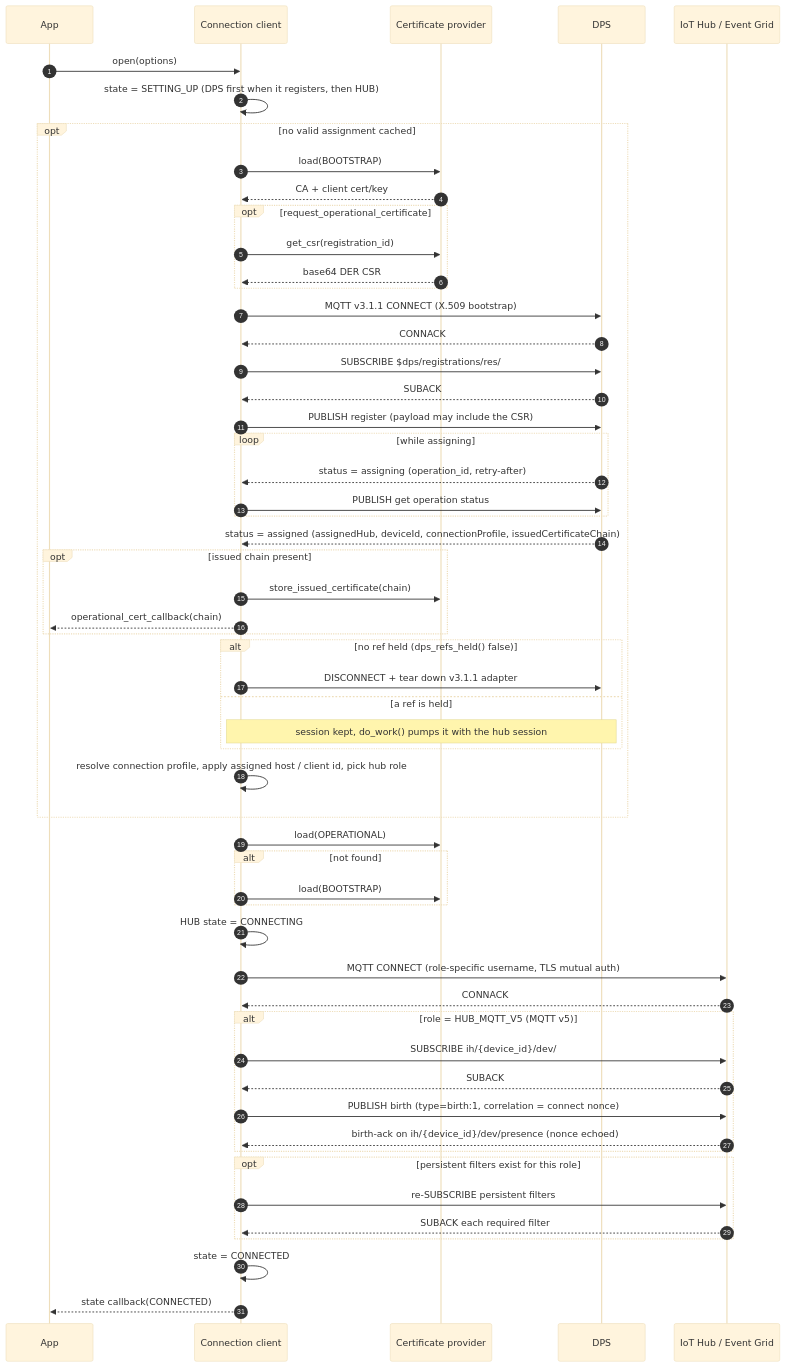
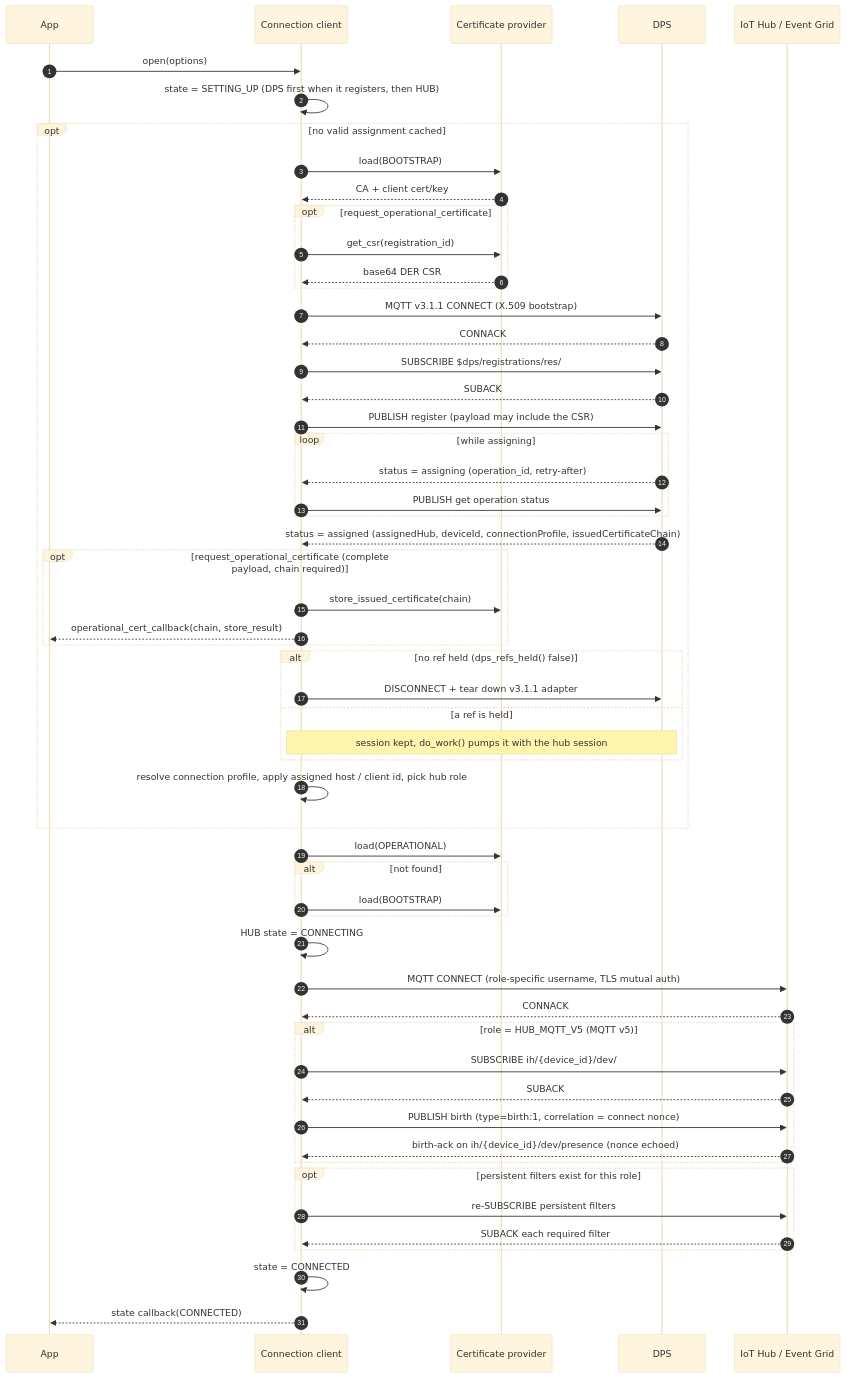
One commit to Azure/azure-iot-sdk changed the third of 9 diagrams in c/docs/eng/connection-c.md. Above: the diagram before and after it, drawn with Mermaid (base theme). The commit also changed other lines of this file and 5 other files, not shown here.

First line of the commit message:
[C] Docs: operational-cert callback must not close; provider-owned storage; tests check DPS state

````diff
--- a/c/docs/eng/connection-c.md
+++ b/c/docs/eng/connection-c.md
@@ -117,63 +117,63 @@
 ```mermaid
 sequenceDiagram
     autonumber
     participant App
     participant Conn as Connection client
     participant Cert as Certificate provider
     participant DPS
     participant Hub as IoT Hub / Event Grid
 
     App->>Conn: open(options)
     Conn->>Conn: state = SETTING_UP (DPS first when it registers, then HUB)
 
     opt no valid assignment cached
         Conn->>Cert: load(BOOTSTRAP)
         Cert-->>Conn: CA + client cert/key
         opt request_operational_certificate
             Conn->>Cert: get_csr(registration_id)
             Cert-->>Conn: base64 DER CSR
         end
         Conn->>DPS: MQTT v3.1.1 CONNECT (X.509 bootstrap)
         DPS-->>Conn: CONNACK
         Conn->>DPS: SUBSCRIBE $dps/registrations/res/#
         DPS-->>Conn: SUBACK
         Conn->>DPS: PUBLISH register (payload may include the CSR)
         loop while assigning
             DPS-->>Conn: status = assigning (operation_id, retry-after)
             Conn->>DPS: PUBLISH get operation status
         end
         DPS-->>Conn: status = assigned (assignedHub, deviceId, connectionProfile, issuedCertificateChain)
-        opt issued chain present
+        opt request_operational_certificate (complete payload, chain required)
             Conn->>Cert: store_issued_certificate(chain)
-            Conn-->>App: operational_cert_callback(chain)
+            Conn-->>App: operational_cert_callback(chain, store_result)
         end
         alt no ref held (dps_refs_held() false)
             Conn->>DPS: DISCONNECT + tear down v3.1.1 adapter
         else a ref is held
             Note over Conn,DPS: session kept, do_work() pumps it with the hub session
         end
         Conn->>Conn: resolve connection profile, apply assigned host / client id, pick hub role
     end
 
     Conn->>Cert: load(OPERATIONAL)
     alt not found
         Conn->>Cert: load(BOOTSTRAP)
     end
     Conn->>Conn: HUB state = CONNECTING
     Conn->>Hub: MQTT CONNECT (role-specific username, TLS mutual auth)
     Hub-->>Conn: CONNACK
 
     alt role = HUB_MQTT_V5 (MQTT v5)
         Conn->>Hub: SUBSCRIBE ih/{device_id}/dev/# (QoS 1)
         Hub-->>Conn: SUBACK
         Conn->>Hub: PUBLISH birth (type=birth:1, correlation = connect nonce)
         Hub-->>Conn: birth-ack on ih/{device_id}/dev/presence (nonce echoed)
     end
 
     opt persistent filters exist for this role
       Conn->>Hub: re-SUBSCRIBE persistent filters
       Hub-->>Conn: SUBACK each required filter
     end
     Conn->>Conn: state = CONNECTED
     Conn-->>App: state callback(CONNECTED)
 ```
````
